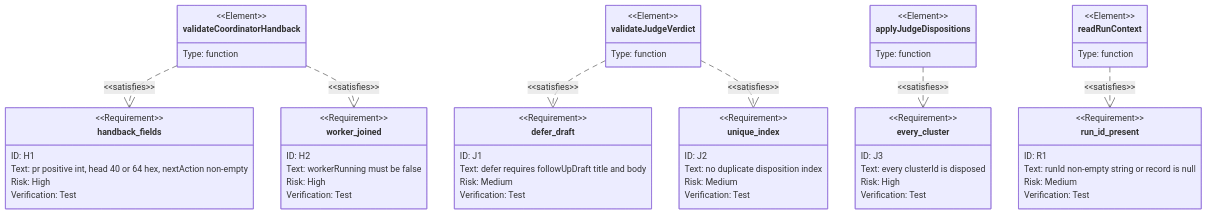
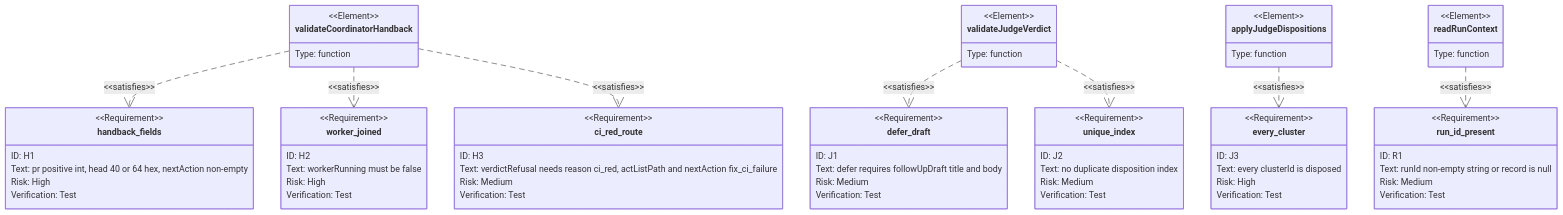
The eighth of 13 diagrams in docs/atlas/02-data-model.md (mfittko/dev-loops), drawn with Mermaid before and after one commit. The commit also changed other lines of this file, not shown here.

````diff
--- a/docs/atlas/02-data-model.md
+++ b/docs/atlas/02-data-model.md
@@ -377,57 +379,64 @@
 ```mermaid
 requirementDiagram
     requirement handback_fields {
         id: H1
         text: "pr positive int, head 40 or 64 hex, nextAction non-empty"
         risk: high
         verifymethod: test
     }
     requirement worker_joined {
         id: H2
         text: "workerRunning must be false"
         risk: high
+        verifymethod: test
+    }
+    requirement ci_red_route {
+        id: H3
+        text: "verdictRefusal needs reason ci_red, actListPath and nextAction fix_ci_failure"
+        risk: medium
         verifymethod: test
     }
     requirement defer_draft {
         id: J1
         text: "defer requires followUpDraft title and body"
         risk: medium
         verifymethod: test
     }
     requirement unique_index {
         id: J2
         text: "no duplicate disposition index"
         risk: medium
         verifymethod: test
     }
     requirement every_cluster {
         id: J3
         text: "every clusterId is disposed"
         risk: high
         verifymethod: test
     }
     requirement run_id_present {
         id: R1
         text: "runId non-empty string or record is null"
         risk: medium
         verifymethod: test
     }
     element validateCoordinatorHandback {
         type: "function"
     }
     element validateJudgeVerdict {
         type: "function"
     }
     element applyJudgeDispositions {
         type: "function"
     }
     element readRunContext {
         type: "function"
     }
     validateCoordinatorHandback - satisfies -> handback_fields
     validateCoordinatorHandback - satisfies -> worker_joined
+    validateCoordinatorHandback - satisfies -> ci_red_route
     validateJudgeVerdict - satisfies -> defer_draft
     validateJudgeVerdict - satisfies -> unique_index
     applyJudgeDispositions - satisfies -> every_cluster
     readRunContext - satisfies -> run_id_present
 ```
````
